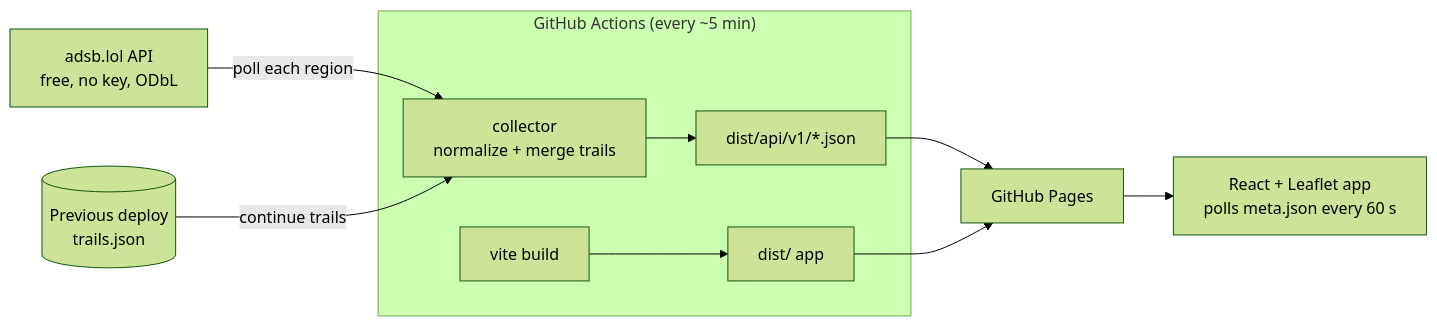
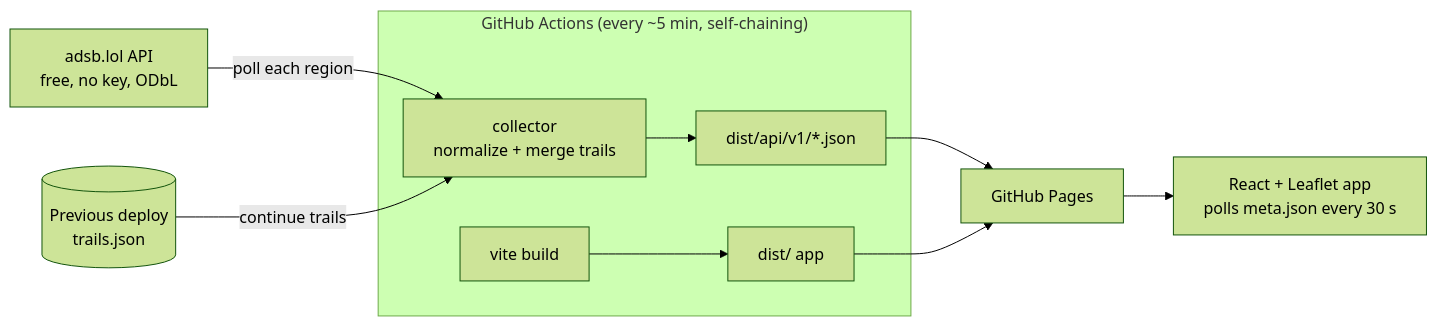
One commit to AidenLYT/entity-monitor changed the diagram in README.md. Above: the diagram before and after it, drawn with Mermaid (forest theme). The commit also changed other lines of this file, not shown here.

Commit message:
Document the self-chaining schedule and how to pause it

````diff
--- a/README.md
+++ b/README.md
@@ -18,12 +18,12 @@
 ```mermaid
 flowchart LR
   A["adsb.lol API<br/>free, no key, ODbL"] -->|poll each region| C
-  subgraph GH["GitHub Actions (every ~5 min)"]
+  subgraph GH["GitHub Actions (every ~5 min, self-chaining)"]
     C["collector<br/>normalize + merge trails"] --> D["dist/api/v1/*.json"]
     B["vite build"] --> E["dist/ app"]
   end
   P[("Previous deploy<br/>trails.json")] -->|continue trails| C
   D --> F["GitHub Pages"]
   E --> F
-  F --> G["React + Leaflet app<br/>polls meta.json every 60 s"]
+  F --> G["React + Leaflet app<br/>polls meta.json every 30 s"]
 ```
````
